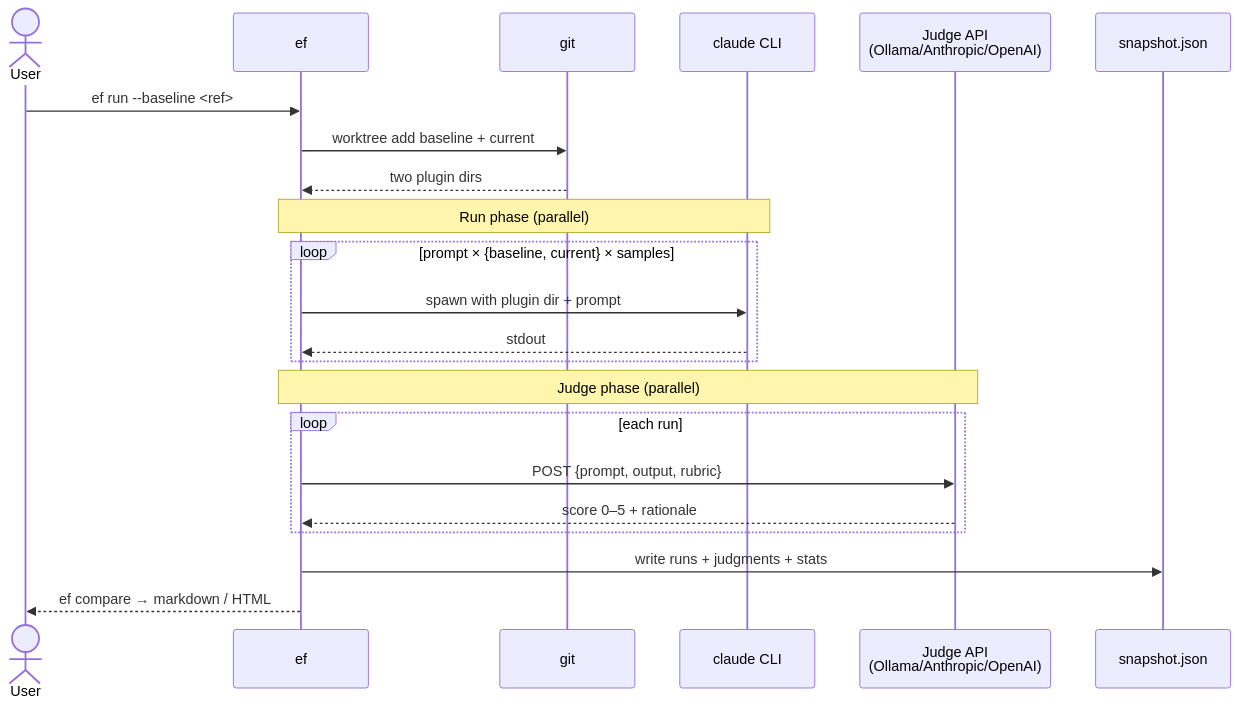
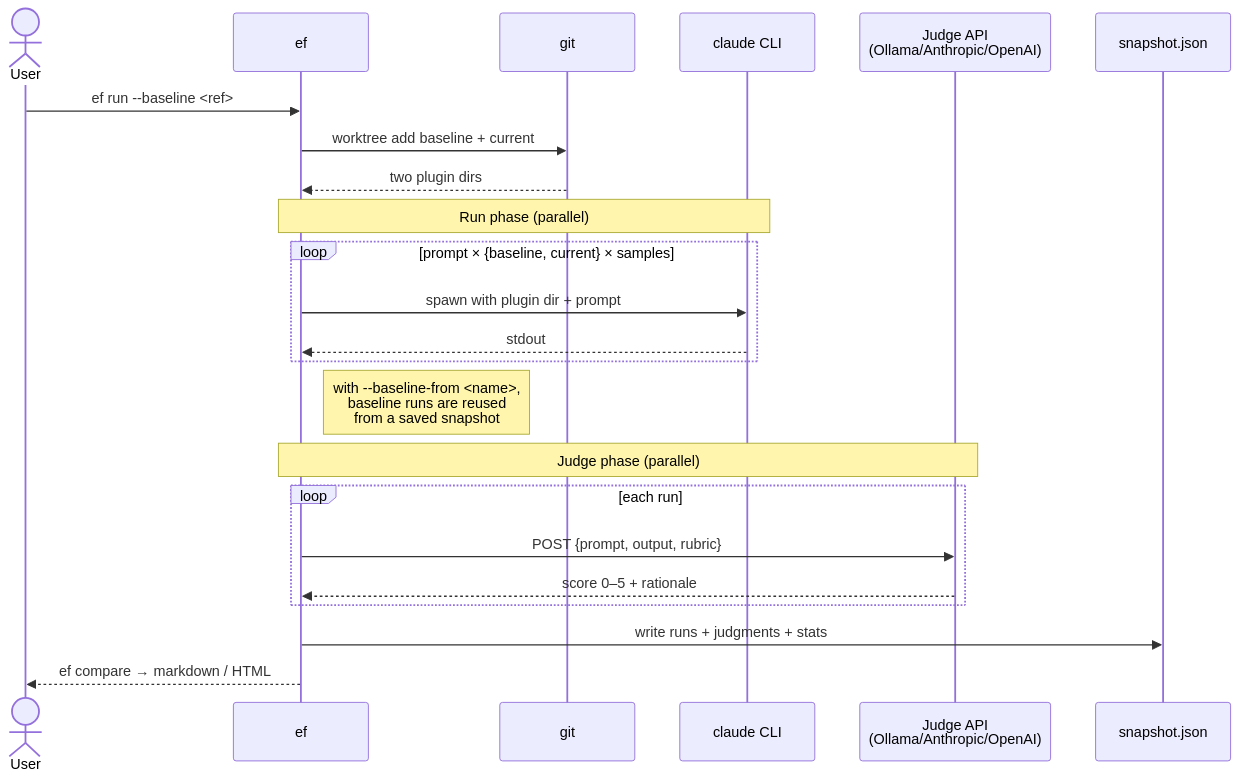
Before and after one commit to derberg/evalforge: the diagram in README.md, drawn with Mermaid. The commit also changed other lines of this file and 15 other files, not shown here.

````diff
--- a/README.md
+++ b/README.md
@@ -9,28 +9,29 @@
 ```mermaid
 sequenceDiagram
     actor User
     participant ef
     participant git
     participant claude as claude CLI
     participant judge as Judge API<br/>(Ollama/Anthropic/OpenAI)
     participant snap as snapshot.json
 
     User->>ef: ef run --baseline <ref>
     ef->>git: worktree add baseline + current
     git-->>ef: two plugin dirs
 
     Note over ef,claude: Run phase (parallel)
     loop prompt × {baseline, current} × samples
         ef->>claude: spawn with plugin dir + prompt
         claude-->>ef: stdout
     end
+    Note right of ef: with --baseline-from <name>,<br/>baseline runs are reused<br/>from a saved snapshot
 
     Note over ef,judge: Judge phase (parallel)
     loop each run
         ef->>judge: POST {prompt, output, rubric}
         judge-->>ef: score 0–5 + rationale
     end
 
     ef->>snap: write runs + judgments + stats
     ef-->>User: ef compare → markdown / HTML
 ```
````
